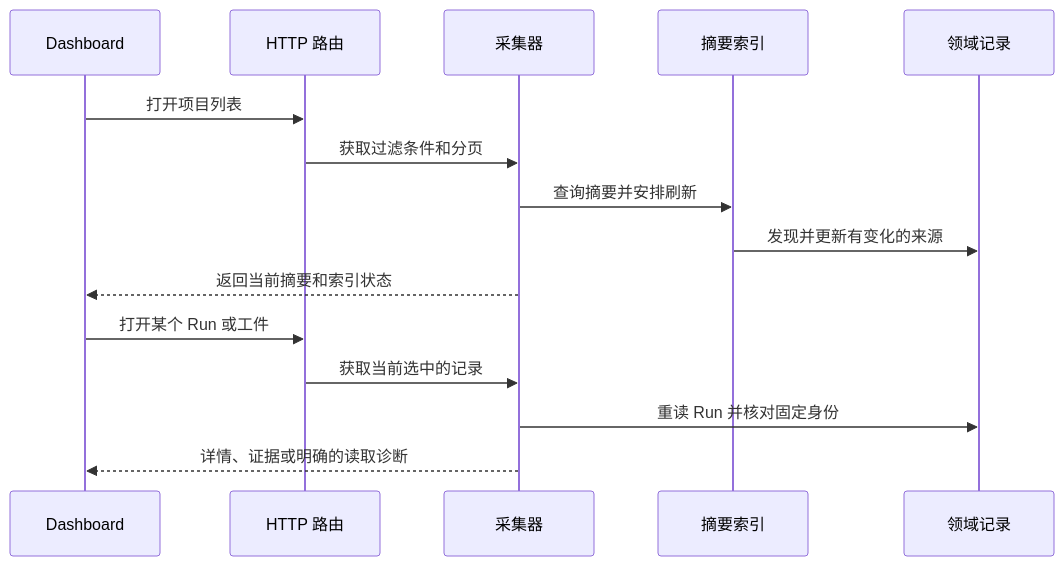
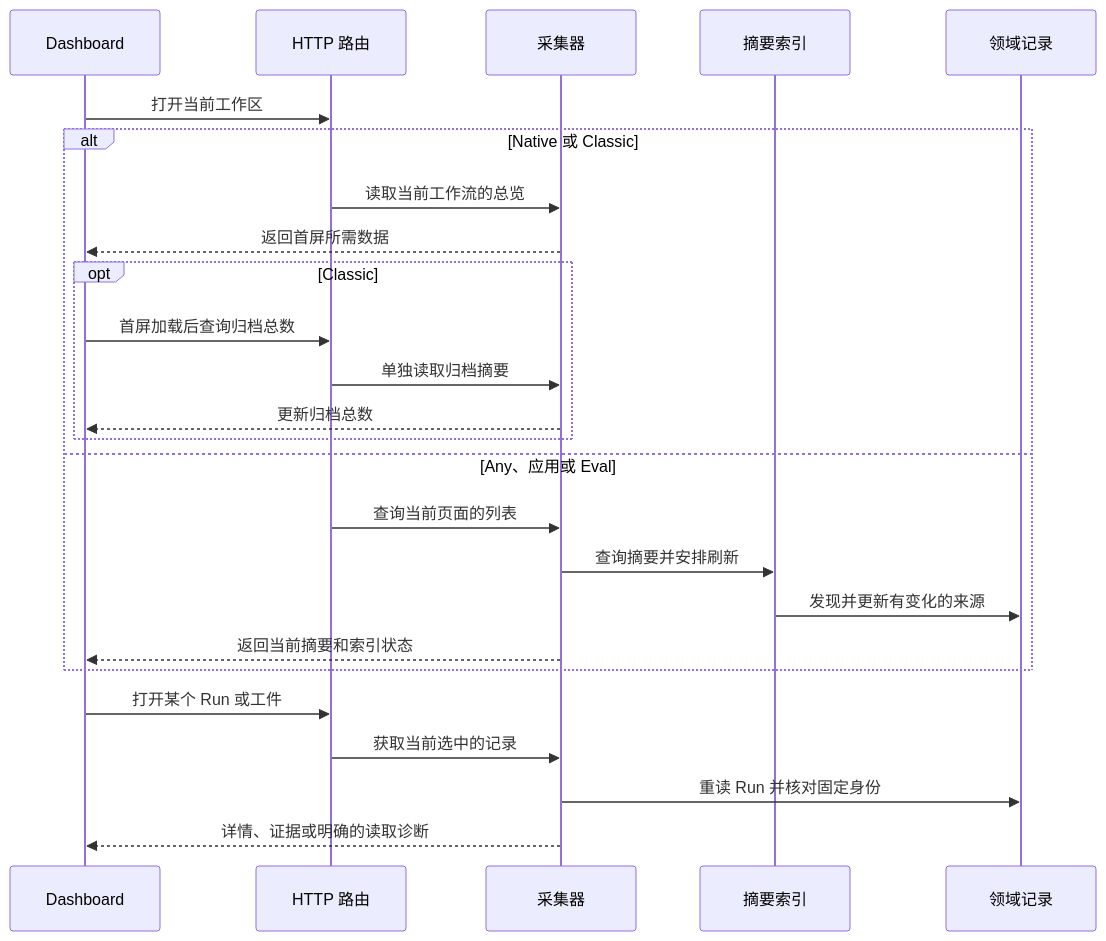
One commit to rpamis/comet changed the second of 3 diagrams in docs/architecture/comet-dashboard.zh.md. Above: the diagram before and after it, drawn with Mermaid. The commit also changed other lines of this file and 13 other files, not shown here.

````diff
--- a/docs/architecture/comet-dashboard.zh.md
+++ b/docs/architecture/comet-dashboard.zh.md
@@ -19,17 +19,27 @@
 ```mermaid
 sequenceDiagram
     participant UI as Dashboard
     participant Route as HTTP 路由
     participant Query as 采集器
     participant Index as 摘要索引
     participant Source as 领域记录
-    UI->>Route: 打开项目列表
-    Route->>Query: 获取过滤条件和分页
-    Query->>Index: 查询摘要并安排刷新
-    Index->>Source: 发现并更新有变化的来源
-    Query-->>UI: 返回当前摘要和索引状态
+    UI->>Route: 打开当前工作区
+    alt Native 或 Classic
+        Route->>Query: 读取当前工作流的总览
+        Query-->>UI: 返回首屏所需数据
+        opt Classic
+            UI->>Route: 首屏加载后查询归档总数
+            Route->>Query: 单独读取归档摘要
+            Query-->>UI: 更新归档总数
+        end
+    else Any、应用或 Eval
+        Route->>Query: 查询当前页面的列表
+        Query->>Index: 查询摘要并安排刷新
+        Index->>Source: 发现并更新有变化的来源
+        Query-->>UI: 返回当前摘要和索引状态
+    end
     UI->>Route: 打开某个 Run 或工件
     Route->>Query: 获取当前选中的记录
     Query->>Source: 重读 Run 并核对固定身份
     Query-->>UI: 详情、证据或明确的读取诊断
 ```
````
